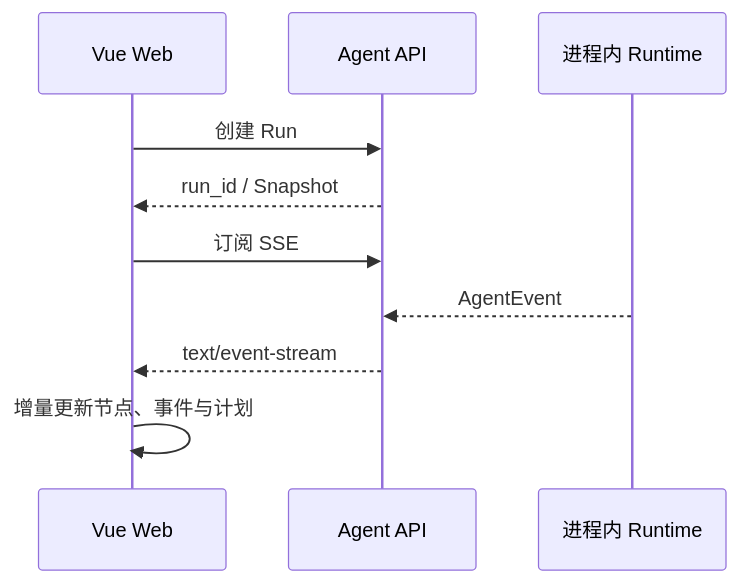
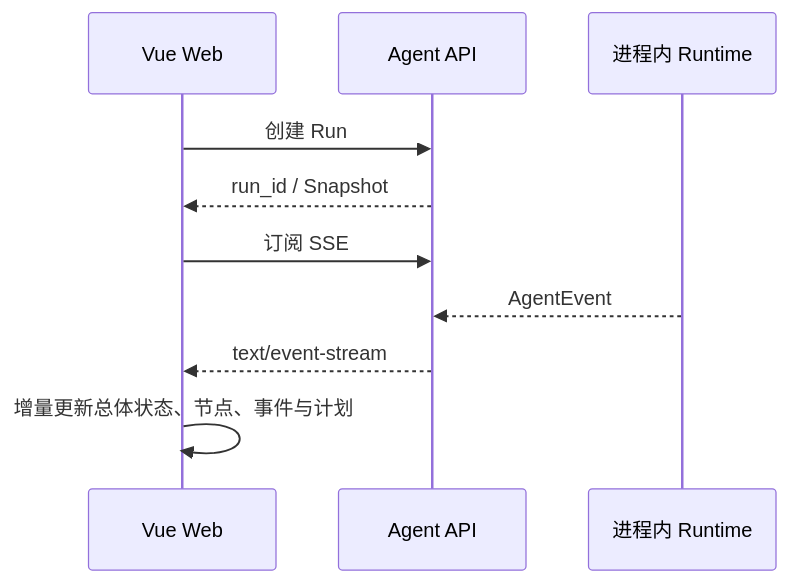
Before and after one commit to shmzl1/workspace-core: the fourth of 4 diagrams in docs/架构设计.md, drawn with Mermaid. The commit also changed other lines of this file and 31 other files, not shown here.

````diff
--- a/docs/架构设计.md
+++ b/docs/架构设计.md
@@ -93,12 +93,12 @@
 ```mermaid
 sequenceDiagram
     participant Web as Vue Web
     participant API as Agent API
     participant Runtime as 进程内 Runtime
     Web->>API: 创建 Run
     API-->>Web: run_id / Snapshot
     Web->>API: 订阅 SSE
     Runtime-->>API: AgentEvent
     API-->>Web: text/event-stream
-    Web->>Web: 增量更新节点、事件与计划
+    Web->>Web: 增量更新总体状态、节点、事件与计划
 ```
````
